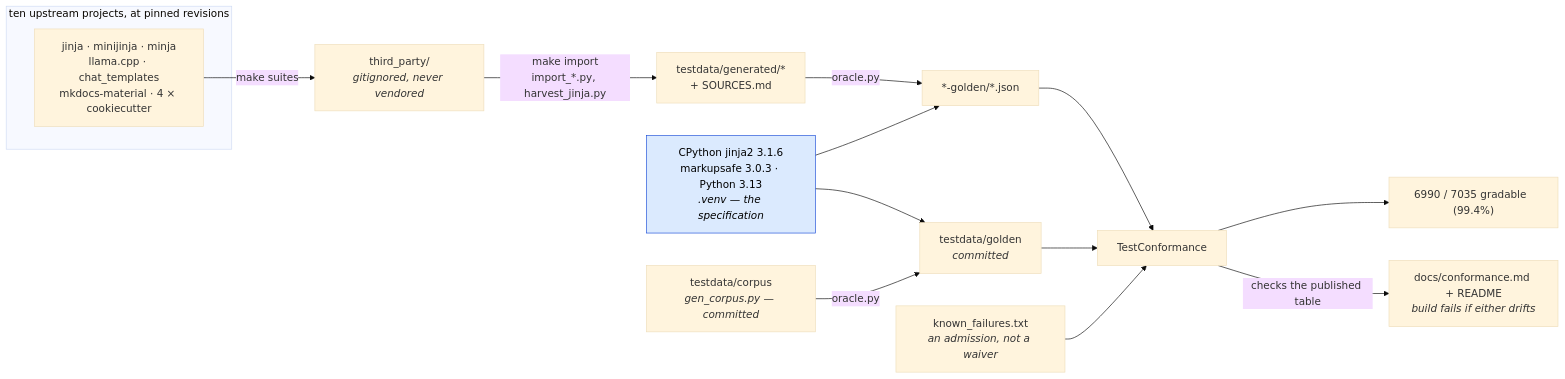
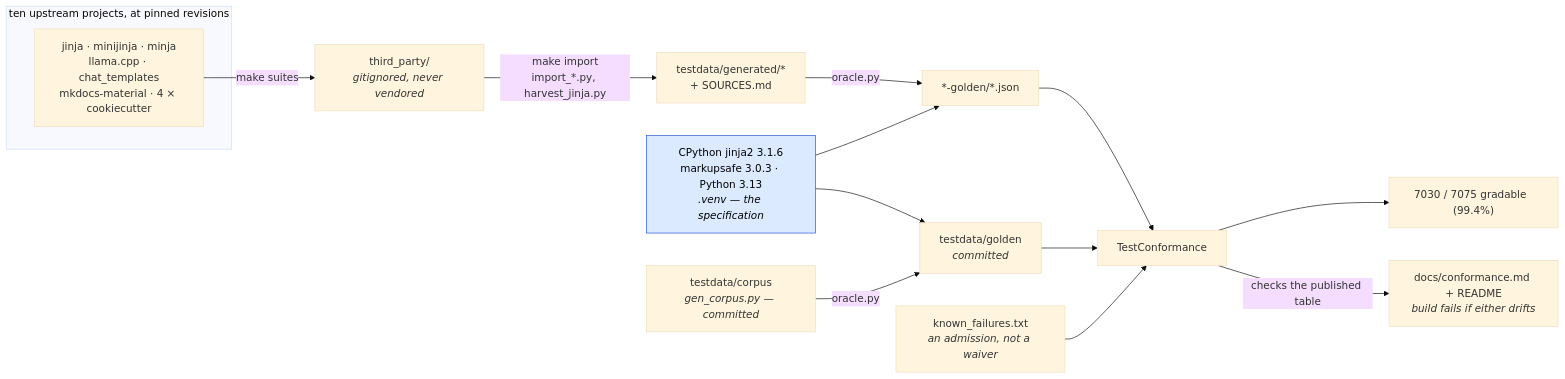
One commit to mgilbir/gojja2 changed the first of 2 diagrams in docs/conformance.md. Above: the diagram before and after it, drawn with Mermaid (base theme). The commit also changed other lines of this file and 132 other files, not shown here.

````diff
--- a/docs/conformance.md
+++ b/docs/conformance.md
@@ -17,24 +17,24 @@
 ```mermaid
 flowchart LR
     subgraph up["ten upstream projects, at pinned revisions"]
         U1["jinja · minijinja · minja<br/>llama.cpp · chat_templates<br/>mkdocs-material · 4 × cookiecutter"]
     end
     U1 -->|"make suites"| TP["third_party/<br/><i>gitignored, never vendored</i>"]
     TP -->|"make import<br/>import_*.py, harvest_jinja.py"| GEN["testdata/generated/*<br/>+ SOURCES.md"]
 
     ORA["CPython jinja2 3.1.6<br/>markupsafe 3.0.3 · Python 3.13<br/><i>.venv — the specification</i>"]
     GEN -->|"oracle.py"| G2["*-golden/*.json"]
     ORA --> G2
 
     OWN["testdata/corpus<br/><i>gen_corpus.py — committed</i>"] -->|"oracle.py"| G1["testdata/golden<br/><i>committed</i>"]
     ORA --> G1
 
     G1 --> TC["TestConformance"]
     G2 --> TC
     KF["known_failures.txt<br/><i>an admission, not a waiver</i>"] --> TC
-    TC --> RATE["6990 / 7035 gradable  (99.4%)"]
+    TC --> RATE["7030 / 7075 gradable  (99.4%)"]
     TC -->|"checks the published table"| RM["docs/conformance.md + README<br/><i>build fails if either drifts</i>"]
 
     classDef spec fill:#dbeafe,stroke:#1d4ed8,color:#000
     class ORA spec
 ```
````
